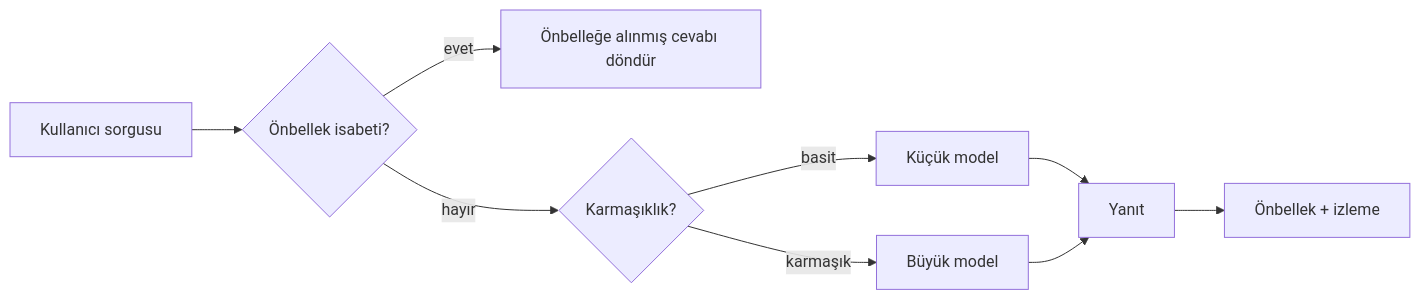
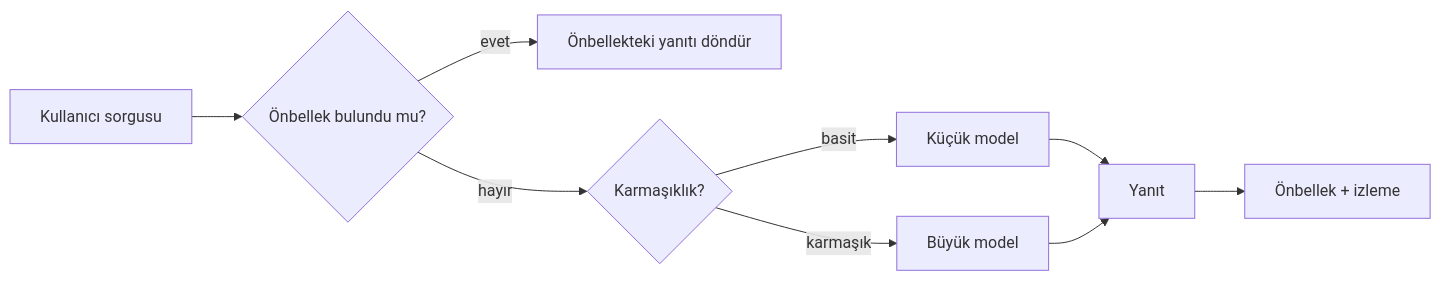
One commit to gabrielmoreira/agent-skills-mirror changed the third of 4 diagrams in mirrors/repos/microsoft@ai-agents-for-beginners/translations/tr/16-deploying-scalable-agents/README.md. Above: the diagram before and after it, drawn with Mermaid. The commit also changed other lines of this file and 4262 other files, not shown here.

````diff
--- a/mirrors/repos/microsoft@ai-agents-for-beginners/translations/tr/16-deploying-scalable-agents/README.md
+++ b/mirrors/repos/microsoft@ai-agents-for-beginners/translations/tr/16-deploying-scalable-agents/README.md
@@ -134,11 +134,11 @@
 ```mermaid
 flowchart LR
-    Q[Kullanıcı sorgusu] --> C{Önbellek isabeti?}
-    C -->|evet| R[Önbelleğe alınmış cevabı döndür]
+    Q[Kullanıcı sorgusu] --> C{Önbellek bulundu mu?}
+    C -->|evet| R[Önbellekteki yanıtı döndür]
     C -->|hayır| Router{Karmaşıklık?}
     Router -->|basit| SLM[Küçük model]
     Router -->|karmaşık| LLM[Büyük model]
     SLM --> Out[Yanıt]
     LLM --> Out
     Out --> Store[Önbellek + izleme]
 ```
````
